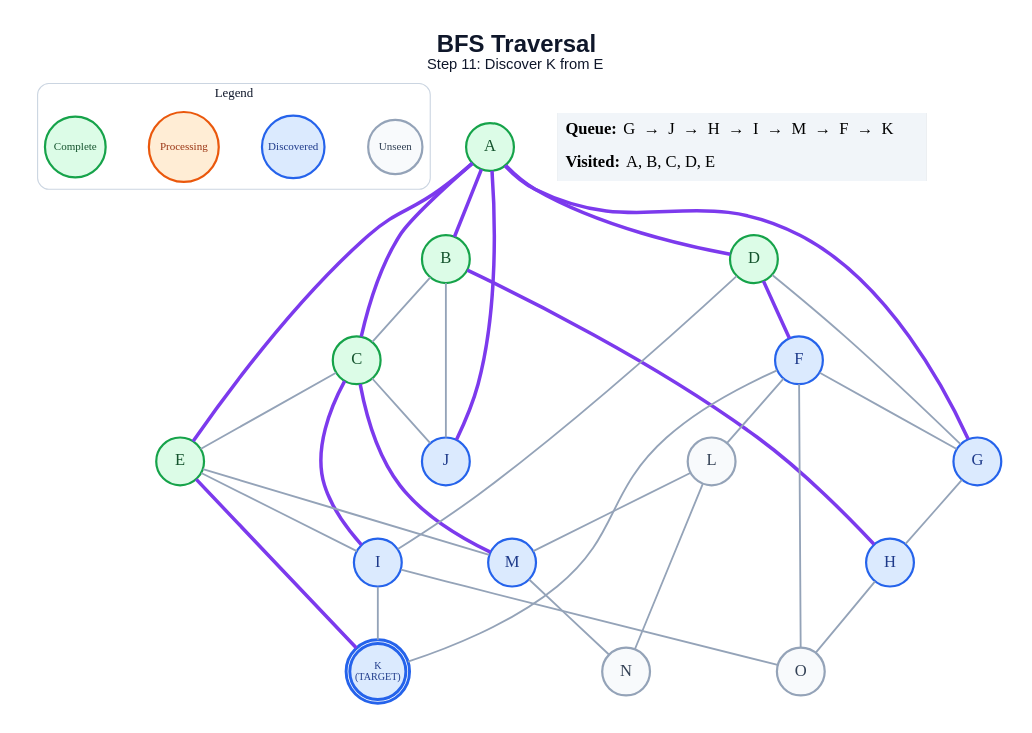
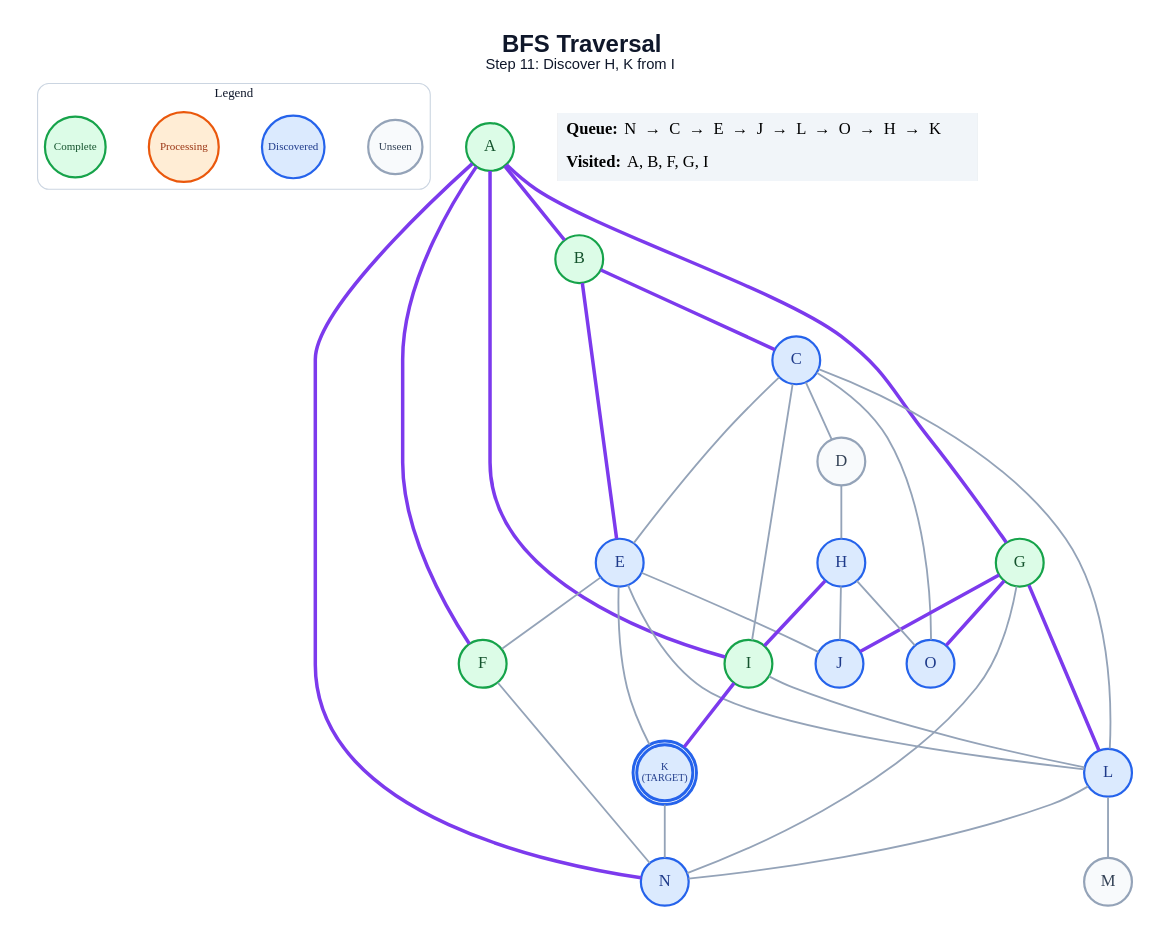
The diagram in generated/bfs/step_11.dot (anon7238593-create/ai-slop), drawn with Graphviz before and after one commit. The commit also changed 291 other files, not shown here.

```diff
--- a/generated/bfs/step_11.dot
+++ b/generated/bfs/step_11.dot
@@ -1,64 +1,64 @@
 graph traversal {
   graph [layout=dot, rankdir=TB, bgcolor="#FFFFFF", pad="0.35", nodesep="0.65", ranksep="0.8", fontname="Arial"];
   node [shape=circle, style="filled", fontname="Arial Bold", fontsize=18, width=0.72, fixedsize=true, penwidth=2.4];
   edge [color="#94A3B8", penwidth=2.0];
-  label=<<B>BFS Traversal</B><BR/><FONT POINT-SIZE="16">Step 11: Discover K from E</FONT>>; labelloc="t"; fontsize=26; fontname="Arial"; fontcolor="#0F172A";
+  label=<<B>BFS Traversal</B><BR/><FONT POINT-SIZE="16">Step 11: Discover H, K from I</FONT>>; labelloc="t"; fontsize=26; fontname="Arial"; fontcolor="#0F172A";
   subgraph cluster_legend { label="Legend"; color="#CBD5E1"; penwidth=1.2; style="rounded"; fontsize=14; fontname="Arial Bold";
     key_unseen [label="Unseen", fillcolor="#F8FAFC", color="#94A3B8", fontcolor="#334155", fontsize=12, width=0.82];
     key_frontier [label="Discovered", fillcolor="#DBEAFE", color="#2563EB", fontcolor="#1E3A8A", fontsize=12, width=0.95];
     key_current [label="Processing", fillcolor="#FFEDD5", color="#EA580C", fontcolor="#9A3412", fontsize=12, width=1.05];
     key_done [label="Complete", fillcolor="#DCFCE7", color="#16A34A", fontcolor="#14532D", fontsize=12, width=0.92];
     { rank=same; key_unseen; key_frontier; key_current; key_done; }
   }
   A [label="A", fillcolor="#DCFCE7", color="#16A34A", fontcolor="#14532D", peripheries=1, penwidth=2.4];
   B [label="B", fillcolor="#DCFCE7", color="#16A34A", fontcolor="#14532D", peripheries=1, penwidth=2.4];
-  C [label="C", fillcolor="#DCFCE7", color="#16A34A", fontcolor="#14532D", peripheries=1, penwidth=2.4];
-  D [label="D", fillcolor="#DCFCE7", color="#16A34A", fontcolor="#14532D", peripheries=1, penwidth=2.4];
-  E [label="E", fillcolor="#DCFCE7", color="#16A34A", fontcolor="#14532D", peripheries=1, penwidth=2.4];
-  F [label="F", fillcolor="#DBEAFE", color="#2563EB", fontcolor="#1E3A8A", peripheries=1, penwidth=2.4];
-  G [label="G", fillcolor="#DBEAFE", color="#2563EB", fontcolor="#1E3A8A", peripheries=1, penwidth=2.4];
+  C [label="C", fillcolor="#DBEAFE", color="#2563EB", fontcolor="#1E3A8A", peripheries=1, penwidth=2.4];
+  D [label="D", fillcolor="#F8FAFC", color="#94A3B8", fontcolor="#334155", peripheries=1, penwidth=2.4];
+  E [label="E", fillcolor="#DBEAFE", color="#2563EB", fontcolor="#1E3A8A", peripheries=1, penwidth=2.4];
+  F [label="F", fillcolor="#DCFCE7", color="#16A34A", fontcolor="#14532D", peripheries=1, penwidth=2.4];
+  G [label="G", fillcolor="#DCFCE7", color="#16A34A", fontcolor="#14532D", peripheries=1, penwidth=2.4];
   H [label="H", fillcolor="#DBEAFE", color="#2563EB", fontcolor="#1E3A8A", peripheries=1, penwidth=2.4];
-  I [label="I", fillcolor="#DBEAFE", color="#2563EB", fontcolor="#1E3A8A", peripheries=1, penwidth=2.4];
+  I [label="I", fillcolor="#DCFCE7", color="#16A34A", fontcolor="#14532D", peripheries=1, penwidth=2.4];
   J [label="J", fillcolor="#DBEAFE", color="#2563EB", fontcolor="#1E3A8A", peripheries=1, penwidth=2.4];
   K [label="K\n(TARGET)", fillcolor="#DBEAFE", color="#2563EB", fontcolor="#1E3A8A", peripheries=2, penwidth=3.2, fontsize=11, width=0.85, height=0.85];
-  L [label="L", fillcolor="#F8FAFC", color="#94A3B8", fontcolor="#334155", peripheries=1, penwidth=2.4];
-  M [label="M", fillcolor="#DBEAFE", color="#2563EB", fontcolor="#1E3A8A", peripheries=1, penwidth=2.4];
-  N [label="N", fillcolor="#F8FAFC", color="#94A3B8", fontcolor="#334155", peripheries=1, penwidth=2.4];
-  O [label="O", fillcolor="#F8FAFC", color="#94A3B8", fontcolor="#334155", peripheries=1, penwidth=2.4];
+  L [label="L", fillcolor="#DBEAFE", color="#2563EB", fontcolor="#1E3A8A", peripheries=1, penwidth=2.4];
+  M [label="M", fillcolor="#F8FAFC", color="#94A3B8", fontcolor="#334155", peripheries=1, penwidth=2.4];
+  N [label="N", fillcolor="#DBEAFE", color="#2563EB", fontcolor="#1E3A8A", peripheries=1, penwidth=2.4];
+  O [label="O", fillcolor="#DBEAFE", color="#2563EB", fontcolor="#1E3A8A", peripheries=1, penwidth=2.4];
   A -- B [color="#7C3AED", penwidth=3.8];
-  A -- C [color="#7C3AED", penwidth=3.8];
-  A -- D [color="#7C3AED", penwidth=3.8];
-  A -- E [color="#7C3AED", penwidth=3.8];
+  A -- F [color="#7C3AED", penwidth=3.8];
   A -- G [color="#7C3AED", penwidth=3.8];
-  A -- J [color="#7C3AED", penwidth=3.8];
-  B -- C;
-  B -- H [color="#7C3AED", penwidth=3.8];
-  B -- J;
+  A -- I [color="#7C3AED", penwidth=3.8];
+  A -- N [color="#7C3AED", penwidth=3.8];
+  B -- C [color="#7C3AED", penwidth=3.8];
+  B -- E [color="#7C3AED", penwidth=3.8];
+  C -- D;
   C -- E;
-  C -- I [color="#7C3AED", penwidth=3.8];
-  C -- J;
-  C -- M [color="#7C3AED", penwidth=3.8];
-  D -- F [color="#7C3AED", penwidth=3.8];
-  D -- G;
-  D -- I;
-  E -- I;
-  E -- K [color="#7C3AED", penwidth=3.8];
-  E -- M;
-  F -- G;
-  F -- K;
-  F -- L;
-  F -- O;
-  G -- H;
+  C -- I;
+  C -- L;
+  C -- O;
+  D -- H;
+  E -- F;
+  E -- J;
+  E -- K;
+  E -- L;
+  F -- N;
+  G -- J [color="#7C3AED", penwidth=3.8];
+  G -- L [color="#7C3AED", penwidth=3.8];
+  G -- N;
+  G -- O [color="#7C3AED", penwidth=3.8];
+  H -- I [color="#7C3AED", penwidth=3.8];
+  H -- J;
   H -- O;
-  I -- K;
-  I -- O;
+  I -- K [color="#7C3AED", penwidth=3.8];
+  I -- L;
+  K -- N;
   L -- M;
   L -- N;
-  M -- N;
   status [shape=plain, fixedsize=false, width=0, height=0, margin=0, label=<
     <TABLE BORDER="0" CELLBORDER="0" CELLPADDING="7" BGCOLOR="#F1F5F9">
-      <TR><TD ALIGN="LEFT"><B>Queue:</B> G  →  J  →  H  →  I  →  M  →  F  →  K</TD></TR>
-      <TR><TD ALIGN="LEFT"><B>Visited:</B> A, B, C, D, E</TD></TR>
+      <TR><TD ALIGN="LEFT"><B>Queue:</B> N  →  C  →  E  →  J  →  L  →  O  →  H  →  K</TD></TR>
+      <TR><TD ALIGN="LEFT"><B>Visited:</B> A, B, F, G, I</TD></TR>
     </TABLE>
   >];
 }
```
